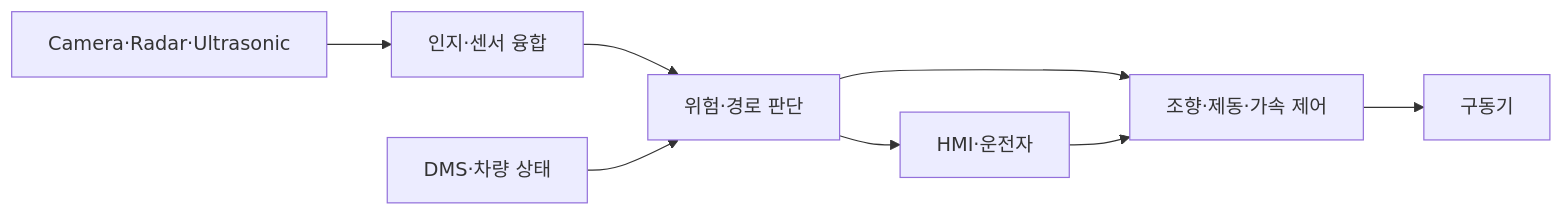
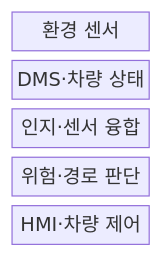
One commit to agnusdei1207/knowledge-base changed the first of 2 diagrams in src/content/docs/notes/08-latest-tech/208_adas_advanced_driver_assistance_system.md. Above: the diagram before and after it, drawn with Mermaid. The commit also changed other lines of this file and 23 other files, not shown here.

````diff
--- a/src/content/docs/notes/08-latest-tech/208_adas_advanced_driver_assistance_system.md
+++ b/src/content/docs/notes/08-latest-tech/208_adas_advanced_driver_assistance_system.md
@@ -51,14 +54,9 @@
 ```mermaid
-flowchart LR
-  S["Camera·Radar·Ultrasonic"]
-  D["DMS·차량 상태"]
-  P["인지·센서 융합"]
-  R["위험·경로 판단"]
-  C["조향·제동·가속 제어"]
-  H["HMI·운전자"]
-  A["구동기"]
-  S --> P --> R --> C --> A
-  D --> R
-  R --> H
-  H --> C
+block-beta
+  columns 1
+  A["환경 센서"]
+  B["DMS·차량 상태"]
+  C["인지·센서 융합"]
+  D["위험·경로 판단"]
+  E["HMI·차량 제어"]
 ```
````
